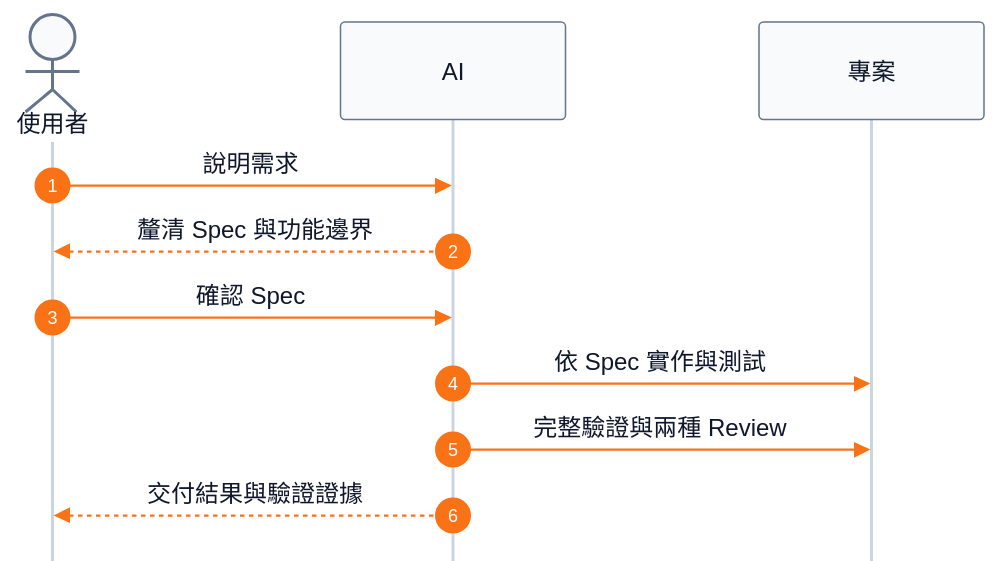
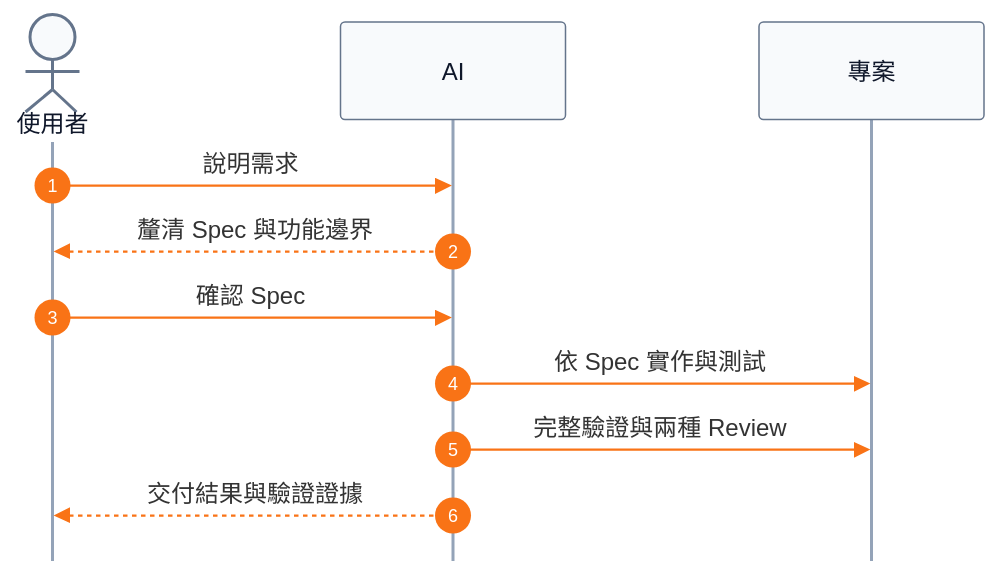
Before and after one commit to kof1016/trying-to-control-ai: the first of 2 diagrams in README.md, drawn with Mermaid. The commit also changed other lines of this file, not shown here.

Commit message:
docs: adapt Mermaid colors for GitHub themes

````diff
--- a/README.md
+++ b/README.md
@@ -41,39 +41,33 @@
 ```mermaid
 %%{init: {
-  "theme": "base",
   "themeVariables": {
-    "background": "#FFFFFF",
     "fontFamily": "Microsoft JhengHei, Noto Sans TC, Arial, sans-serif",
     "actorBkg": "#F8FAFC",
     "actorBorder": "#64748B",
     "actorTextColor": "#0F172A",
-    "actorLineColor": "#CBD5E1",
+    "actorLineColor": "#94A3B8",
     "signalColor": "#F97316",
-    "signalTextColor": "#0F172A",
-    "sequenceNumberColor": "#FFFFFF",
-    "labelBoxBkgColor": "#FFFFFF",
-    "labelBoxBorderColor": "#94A3B8",
-    "labelTextColor": "#0F172A"
+    "sequenceNumberColor": "#FFFFFF"
   },
   "sequence": {
     "diagramMarginX": 40,
     "diagramMarginY": 20,
     "actorMargin": 90,
     "messageMargin": 40,
     "mirrorActors": false
   }
 }}%%
 sequenceDiagram
     autonumber
 
     actor U as 使用者
     participant A as AI
     participant P as 專案
 
     U->>A: 說明需求
     A-->>U: 釐清 Spec 與功能邊界
     U->>A: 確認 Spec
     A->>P: 依 Spec 實作與測試
     A->>P: 完整驗證與兩種 Review
     A-->>U: 交付結果與驗證證據
 ```
````
